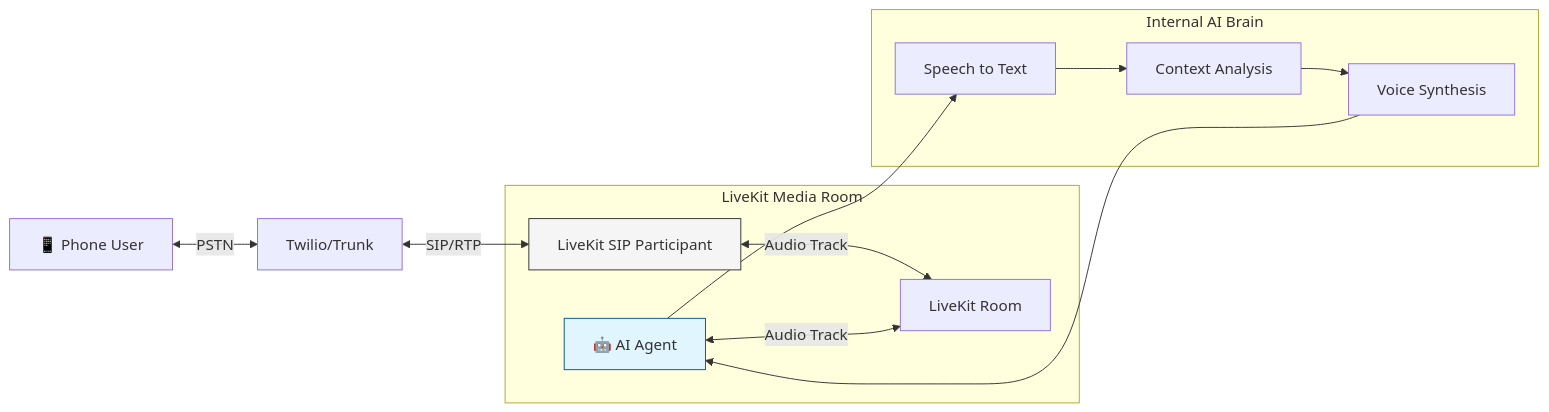
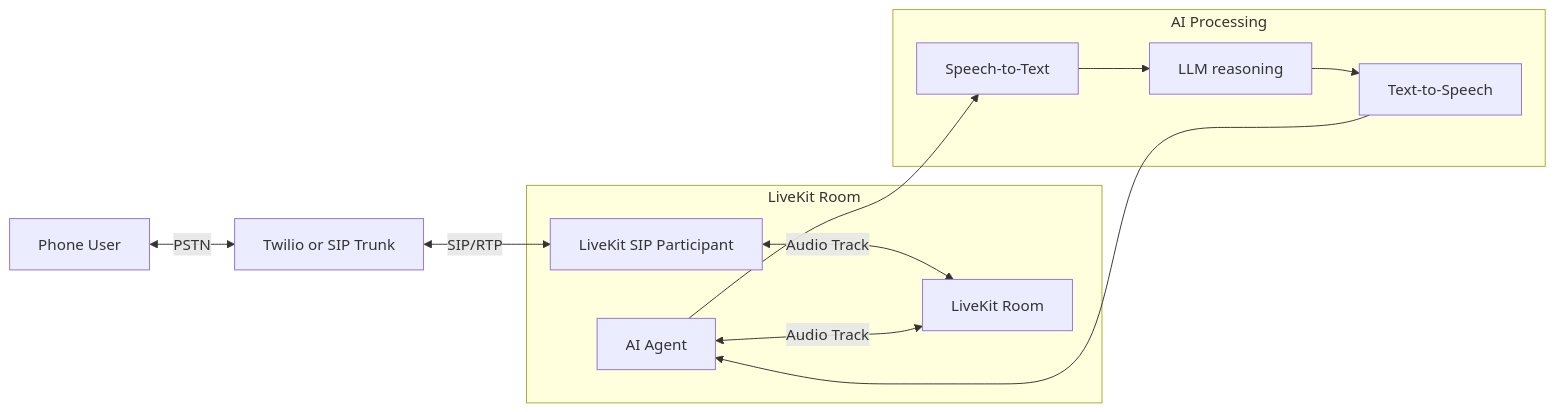
The second of 4 diagrams in docs/architecture.md (ShubhamX-AI/api_livekit), drawn with Mermaid before and after one commit. The commit also changed other lines of this file and 18 other files, not shown here.

````diff
--- a/docs/architecture.md
+++ b/docs/architecture.md
@@ -51,20 +44,17 @@
 ```mermaid
 graph LR
-    User[📱 Phone User] <-->|PSTN| Twilio[Twilio/Trunk]
+    User[Phone User] <-->|PSTN| Twilio[Twilio or SIP Trunk]
     Twilio <-->|SIP/RTP| LKSIP[LiveKit SIP Participant]
-    
-    subgraph "LiveKit Media Room"
+
+    subgraph LiveKit Room
         LKSIP <-->|Audio Track| LK[LiveKit Room]
-        Agent[🤖 AI Agent] <-->|Audio Track| LK
+        Agent[AI Agent] <-->|Audio Track| LK
     end
 
-    subgraph "Internal AI Brain"
-        Agent --> STT[Speech to Text]
-        STT --> LLM[Context Analysis]
-        LLM --> TTS[Voice Synthesis]
+    subgraph AI Processing
+        Agent --> STT[Speech-to-Text]
+        STT --> LLM[LLM reasoning]
+        LLM --> TTS[Text-to-Speech]
         TTS --> Agent
     end
-
-    style LKSIP fill:#f5f5f5,stroke:#333
-    style Agent fill:#e1f5fe,stroke:#01579b
 ```
````
